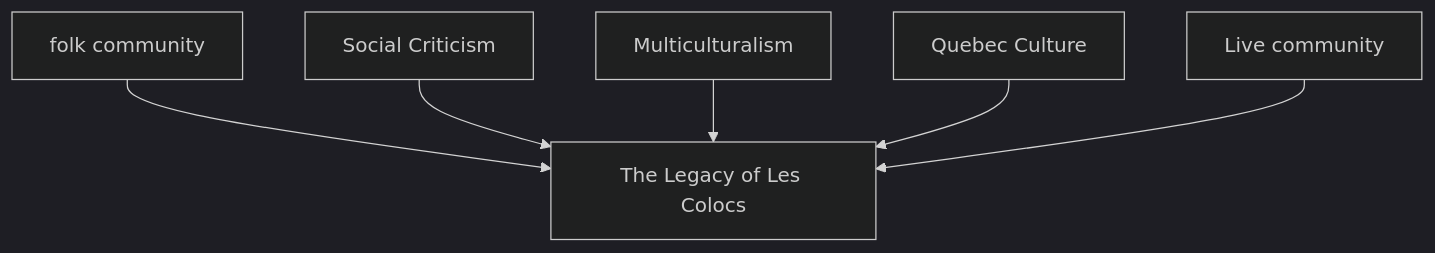
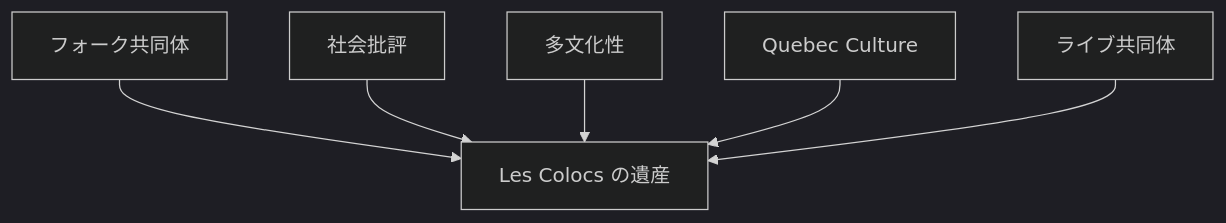
Before and after one commit to monumental-movement/monumental-movement.github.io: the fourth of 5 diagrams in en/_posts/2026-05-07-column-les-colocs.md, drawn with Mermaid (dark theme). The commit also changed other lines of this file and 2196 other files, not shown here.

```diff
--- a/en/_posts/2026-05-07-column-les-colocs.md
+++ b/en/_posts/2026-05-07-column-les-colocs.md
@@ -575,8 +575,8 @@
 <div class="mermaid">
 graph TD
-A["folk community"] --> D["The Legacy of Les Colocs"]
-B["Social Criticism"] --> D
-C["Multiculturalism"] --> D
+A["フォーク共同体"] --> D["Les Colocs の遺産"]
+B["社会批評"] --> D
+C["多文化性"] --> D
 E["Quebec Culture"] --> D
-F["Live community"] --> D
+F["ライブ共同体"] --> D
 </div>
```
